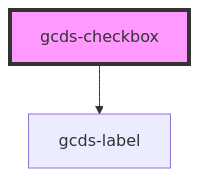
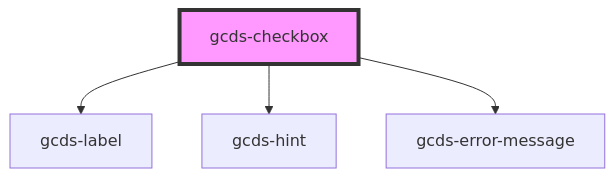
One commit to cds-snc/gcds-components changed the diagram in src/components/gcds-checkbox/readme.md. Above: the diagram before and after it, drawn with Mermaid. The commit also changed other lines of this file and 7 other files, not shown here.

````diff
--- a/src/components/gcds-checkbox/readme.md
+++ b/src/components/gcds-checkbox/readme.md
@@ -30,5 +33,7 @@
 ```mermaid
 graph TD;
   gcds-checkbox --> gcds-label
+  gcds-checkbox --> gcds-hint
+  gcds-checkbox --> gcds-error-message
   style gcds-checkbox fill:#f9f,stroke:#333,stroke-width:4px
 ```
````
